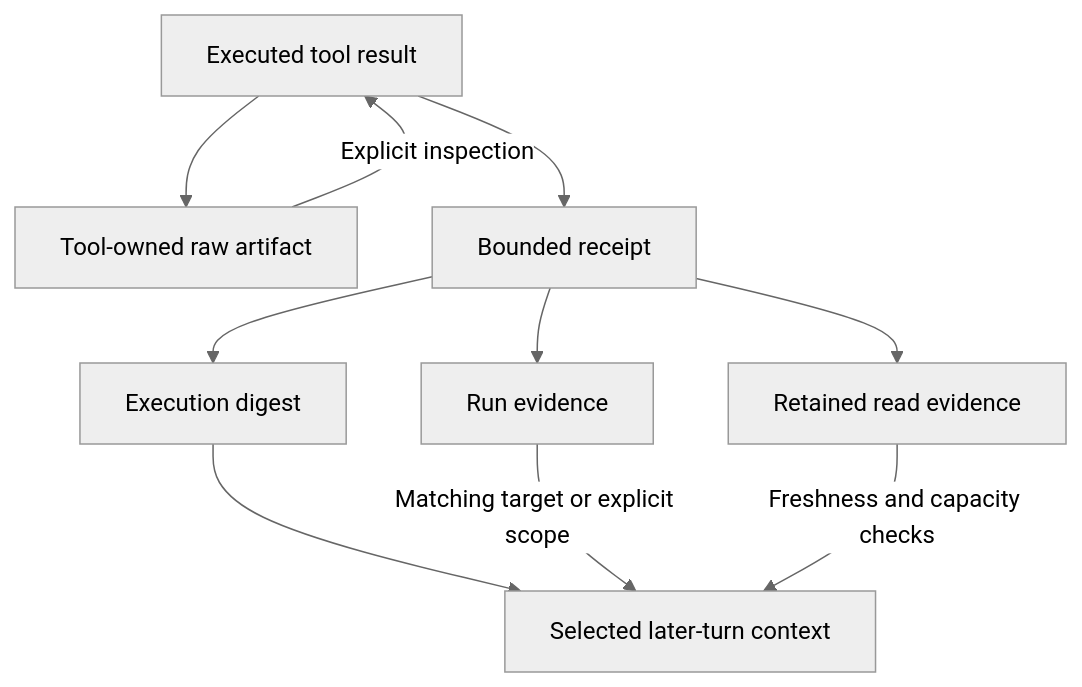
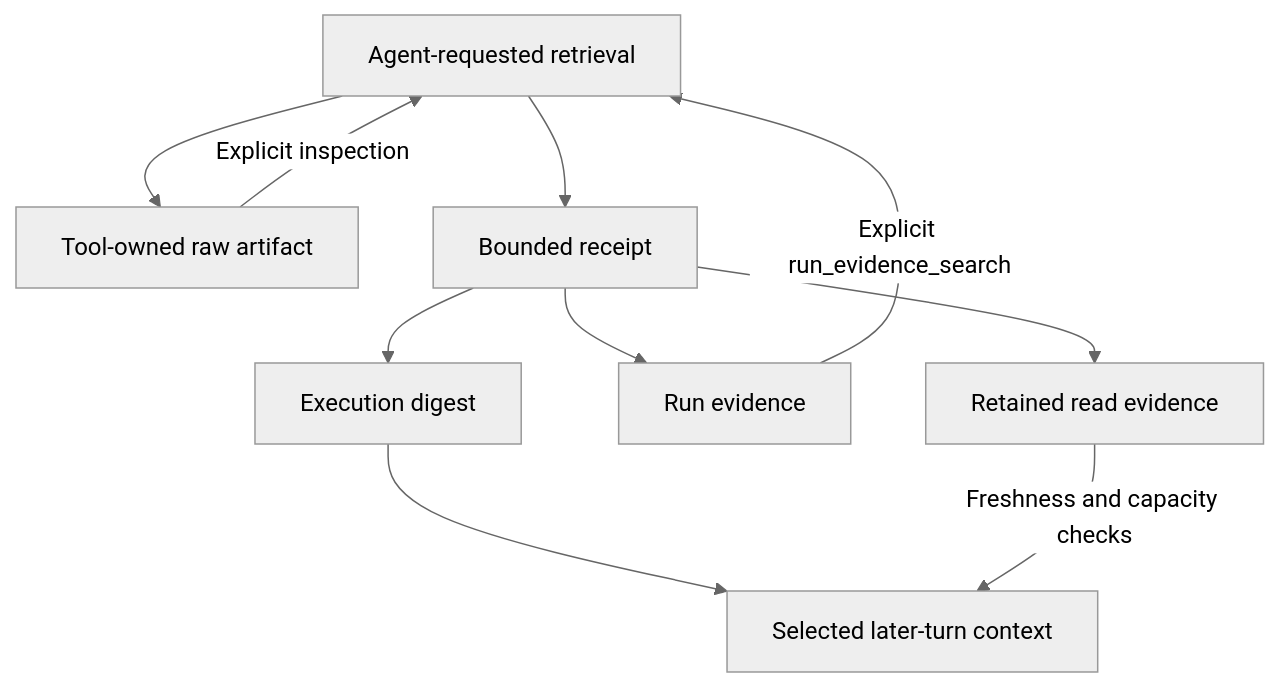
One commit to NightShaman/Burrow changed the second of 2 diagrams in docs/architecture/runtime.md. Above: the diagram before and after it, drawn with Mermaid (neutral theme). The commit also changed other lines of this file and 41 other files, not shown here.

````diff
--- a/docs/architecture/runtime.md
+++ b/docs/architecture/runtime.md
@@ -79,12 +79,12 @@
 ```mermaid
 flowchart TB
     Tool[Executed tool result] --> Raw[Tool-owned raw artifact]
     Tool --> Receipt[Bounded receipt]
     Receipt --> Digest[Execution digest]
     Receipt --> Run[Run evidence]
     Receipt --> Read[Retained read evidence]
     Digest --> Context[Selected later-turn context]
-    Run -->|Matching target or explicit scope| Context
+    Run -->|Explicit run_evidence_search| Tool[Agent-requested retrieval]
     Read -->|Freshness and capacity checks| Context
     Raw -->|Explicit inspection| Tool
 ```
````
